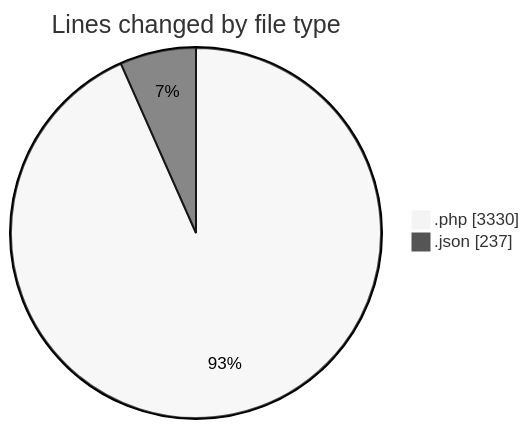
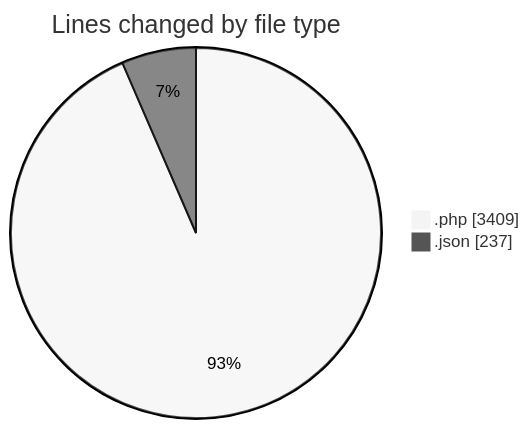
One commit to idhammustaqopulfikri/code-tracking changed the first of 2 diagrams in 2025-06-06/sewa-mobil/README.md. Above: the diagram before and after it, drawn with Mermaid (neutral theme). The commit also changed other lines of this file and 1 other file, not shown here.

````diff
--- a/2025-06-06/sewa-mobil/README.md
+++ b/2025-06-06/sewa-mobil/README.md
@@ -28,6 +29,6 @@
 ```mermaid
 pie showData
 title Lines changed by file type
-".php" : 3330
+".php" : 3409
 ".json" : 237
 ```
````
